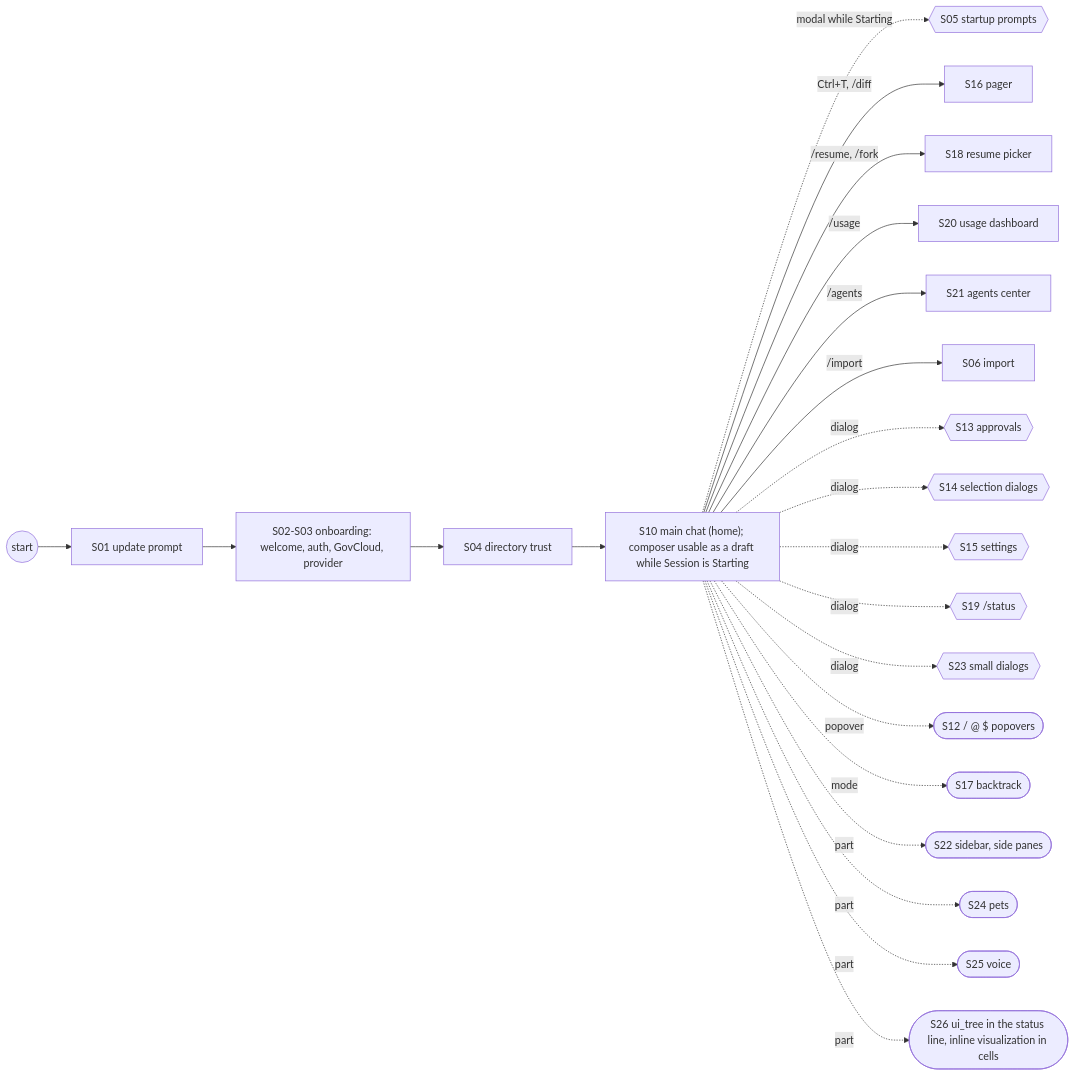
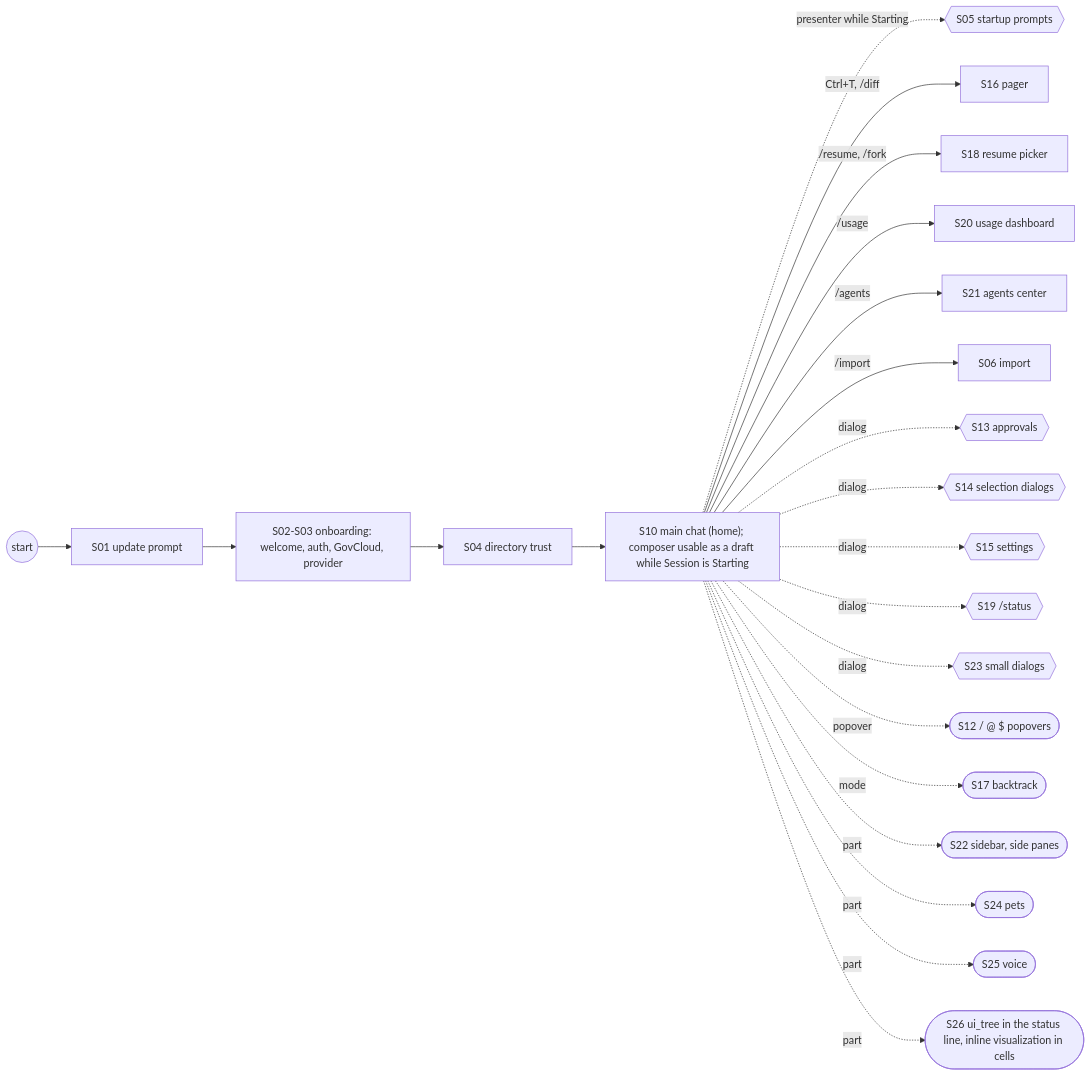
Before and after one commit to Maryarty/CodexCLI: the eighth of 11 diagrams in docs/rtwk-port/design.md, drawn with Mermaid. The commit also changed other lines of this file and 4 other files, not shown here.

````diff
--- a/docs/rtwk-port/design.md
+++ b/docs/rtwk-port/design.md
@@ -317,22 +311,22 @@
 ```mermaid
 flowchart LR
   start((start)) --> upd["S01 update prompt"] --> onb["S02-S03 onboarding: welcome, auth, GovCloud, provider"] --> trust["S04 directory trust"] --> chat
   chat["S10 main chat (home); composer usable as a draft while Session is Starting"]
-  chat -.modal while Starting.-> prompts{{"S05 startup prompts"}}
+  chat -.presenter while Starting.-> prompts{{"S05 startup prompts"}}
   chat -->|Ctrl+T, /diff| pager["S16 pager"]
   chat -->|/resume, /fork| resume["S18 resume picker"]
   chat -->|/usage| usage["S20 usage dashboard"]
   chat -->|/agents| agents["S21 agents center"]
   chat -->|/import| imp["S06 import"]
   chat -.dialog.-> appr{{"S13 approvals"}}
   chat -.dialog.-> sel{{"S14 selection dialogs"}}
   chat -.dialog.-> set{{"S15 settings"}}
   chat -.dialog.-> stat{{"S19 /status"}}
   chat -.dialog.-> small{{"S23 small dialogs"}}
   chat -.popover.-> pop(["S12 / @ $ popovers"])
   chat -.mode.-> bt(["S17 backtrack"])
   chat -.part.-> side(["S22 sidebar, side panes"])
   chat -.part.-> pets(["S24 pets"])
   chat -.part.-> voice(["S25 voice"])
   chat -.part.-> uit(["S26 ui_tree in the status line, inline visualization in cells"])
 ```
````
